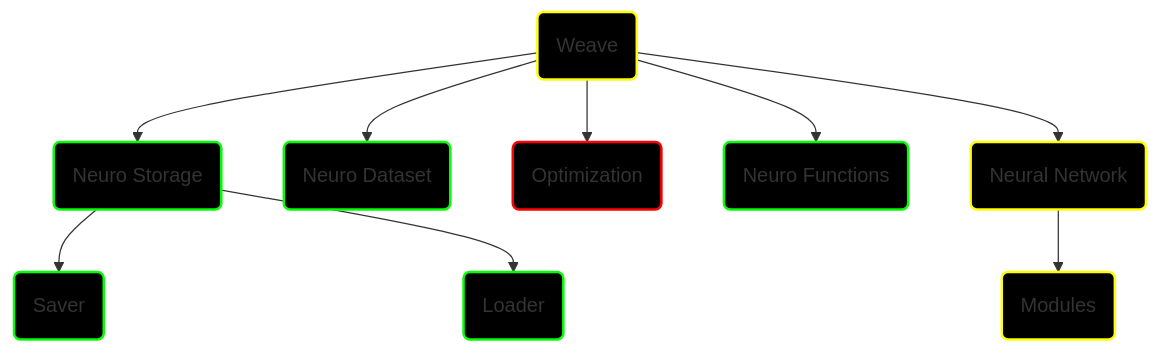
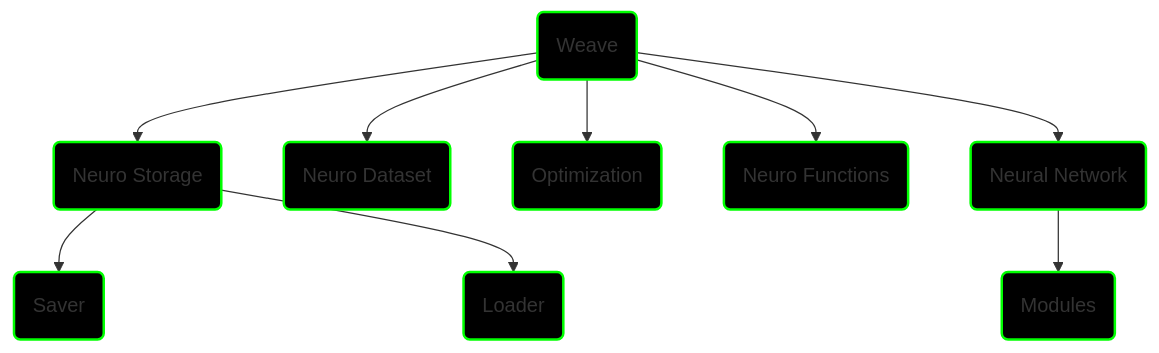
One commit to stas-gatin/NeuroWeave changed the diagram in README.md. Above: the diagram before and after it, drawn with Mermaid. The commit also changed other lines of this file, not shown here.

````diff
--- a/README.md
+++ b/README.md
@@ -76,20 +49,16 @@
 ```mermaid
 graph TD;
     weave(Weave)-->neuro_storage(Neuro Storage);
     weave-->neuro_dataset(Neuro Dataset);
     weave-->optim(Optimization);
     weave-->random(Neuro Functions);
     weave-->nn(Neural Network);
     nn-->modules(Modules);
     neuro_storage-->saver(Saver);
     neuro_storage-->loader(Loader);
 
-    classDef in_process fill:#000,stroke:#ffff00,stroke-width:2px;
     classDef done fill:#000,stroke:#00ff00,stroke-width:2px;
-    classDef not_done fill:#000,stroke:#ff0000,stroke-width:2px;
 
-    class weave,nn,modules,network in_process;
-    class neuro_storage,saver,loader,neuro_dataset,random done;
-    class optim not_done;
+    class neuro_storage,saver,loader,neuro_dataset,random,weave,nn,modules,network,optim done;
 
 ```
````
